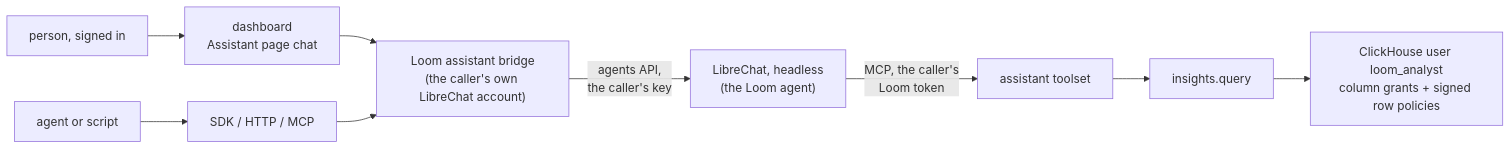
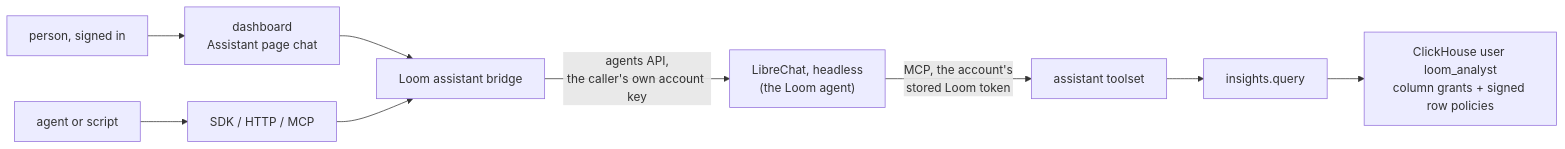
One commit to ClickHouse/loom changed the diagram in docs/architecture/assistant.md. Above: the diagram before and after it, drawn with Mermaid. The commit also changed other lines of this file and 1 other file, not shown here.

Commit message:
Fold the first review into the assistant design: subquery wrapper, claim-set accounts, HMAC-derived key, erasure of org chats, spend under the namespace cap

````diff
--- a/docs/architecture/assistant.md
+++ b/docs/architecture/assistant.md
@@ -16,11 +18,11 @@
 ```mermaid
 flowchart LR
     P["person, signed in"] --> D["dashboard<br/>Assistant page chat"]
     A["agent or script"] --> S["SDK / HTTP / MCP"]
-    D --> B["Loom assistant bridge<br/>(the caller's own LibreChat account)"]
+    D --> B["Loom assistant bridge"]
     S --> B
-    B -->|"agents API,<br/>the caller's key"| LC["LibreChat, headless<br/>(the Loom agent)"]
-    LC -->|"MCP, the caller's<br/>Loom token"| T["assistant toolset"]
+    B -->|"agents API,<br/>the caller's own account key"| LC["LibreChat, headless<br/>(the Loom agent)"]
+    LC -->|"MCP, the account's<br/>stored Loom token"| T["assistant toolset"]
     T --> Q["insights.query"]
     Q --> U["ClickHouse user loom_analyst<br/>column grants + signed row policies"]
 ```
````
